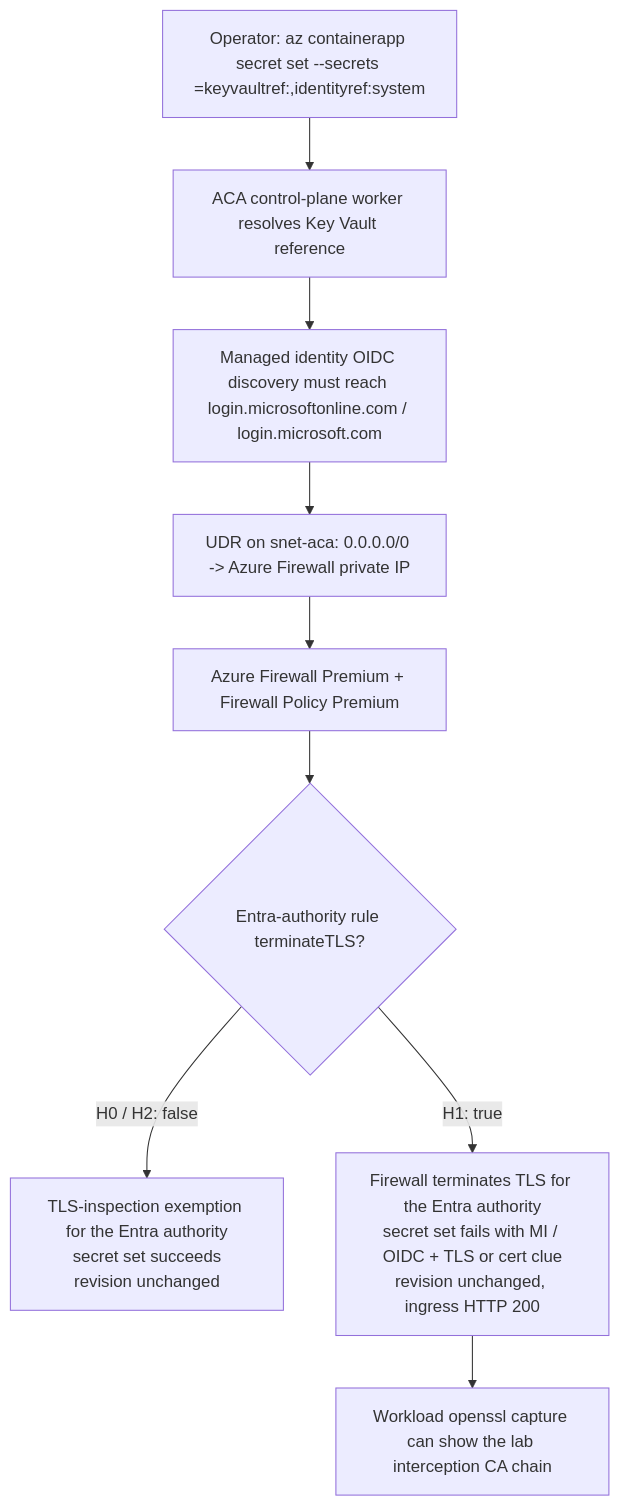
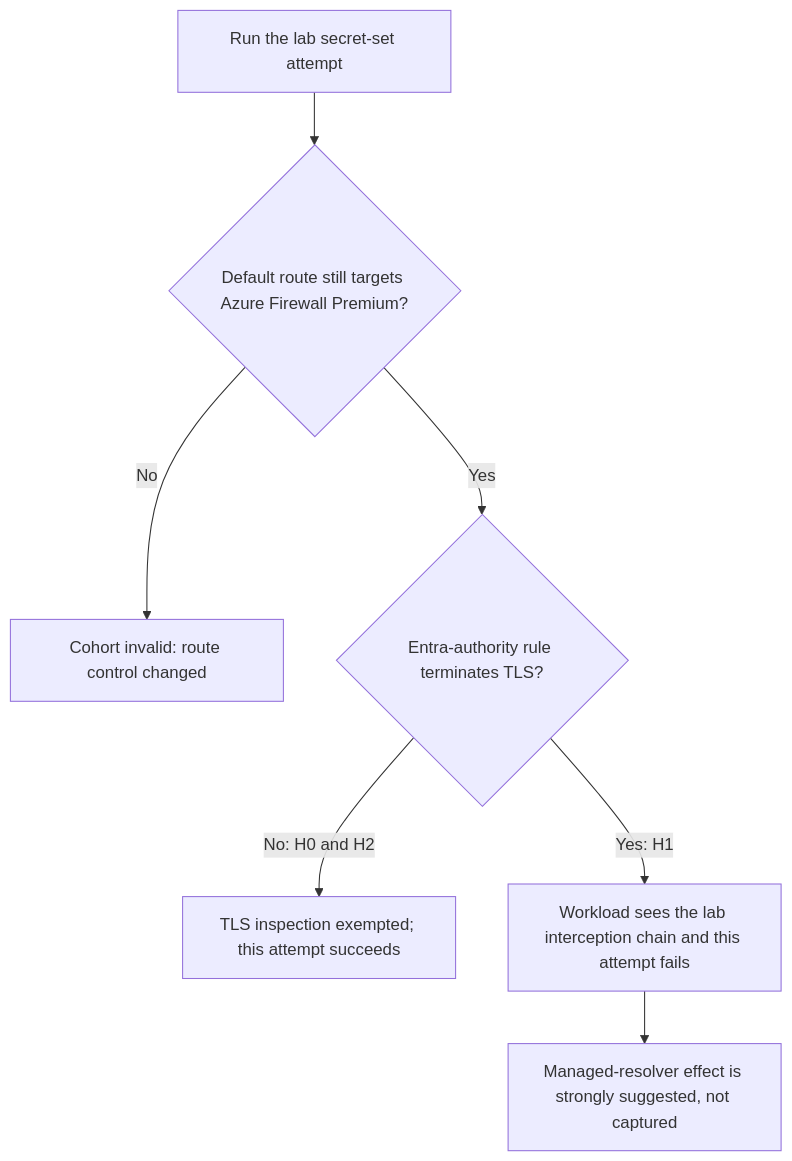
One commit to yeongseon/azure-container-apps-practical-guide changed the diagram in docs/troubleshooting/lab-guides/aca-secret-kv-ref-mi-network-path-h4g.md. Above: the diagram before and after it, drawn with Mermaid. The commit also changed other lines of this file and 23 other files, not shown here.

Commit message:
docs(diagrams): migrate the first lab-guide diagram batch (#625)

````diff
--- a/docs/troubleshooting/lab-guides/aca-secret-kv-ref-mi-network-path-h4g.md
+++ b/docs/troubleshooting/lab-guides/aca-secret-kv-ref-mi-network-path-h4g.md
@@ -55,11 +55,9 @@
 ```mermaid
 flowchart TD
-    A["Operator: az containerapp secret set --secrets <name>=keyvaultref:<url>,identityref:system"] --> B["ACA control-plane worker resolves Key Vault reference"]
-    B --> C["Managed identity OIDC discovery must reach login.microsoftonline.com / login.microsoft.com"]
-    C --> D["UDR on snet-aca: 0.0.0.0/0 -> Azure Firewall private IP"]
-    D --> E["Azure Firewall Premium + Firewall Policy Premium"]
-    E --> F{"Entra-authority rule terminateTLS?"}
-    F -->|H0 / H2: false| G["TLS-inspection exemption for the Entra authority\nsecret set succeeds\nrevision unchanged"]
-    F -->|H1: true| H["Firewall terminates TLS for the Entra authority\nsecret set fails with MI / OIDC + TLS or cert clue\nrevision unchanged, ingress HTTP 200"]
-    H --> I["Workload openssl capture can show the lab interception CA chain"]
+    ATTEMPT["Run the lab secret-set attempt"] --> ROUTE{"Default route still targets Azure Firewall Premium?"}
+    ROUTE -->|No| INVALID["Cohort invalid: route control changed"]
+    ROUTE -->|Yes| TLS{"Entra-authority rule terminates TLS?"}
+    TLS -->|No: H0 and H2| EXEMPT["TLS inspection exempted; this attempt succeeds"]
+    TLS -->|Yes: H1| INSPECT["Workload sees the lab interception chain and this attempt fails"]
+    INSPECT --> LIMIT["Managed-resolver effect is strongly suggested, not captured"]
 ```
````
